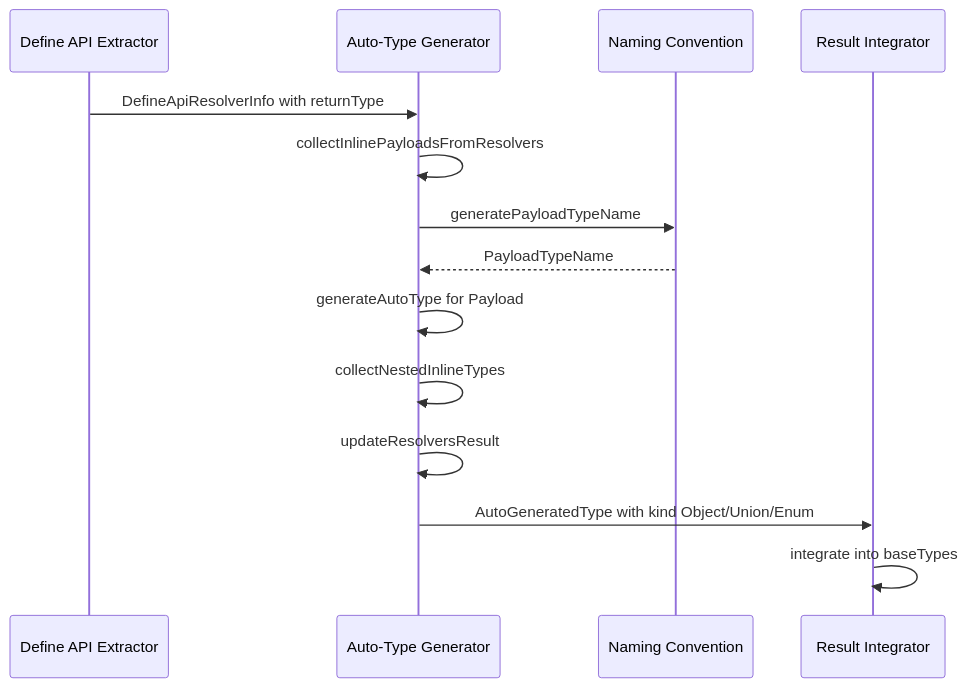
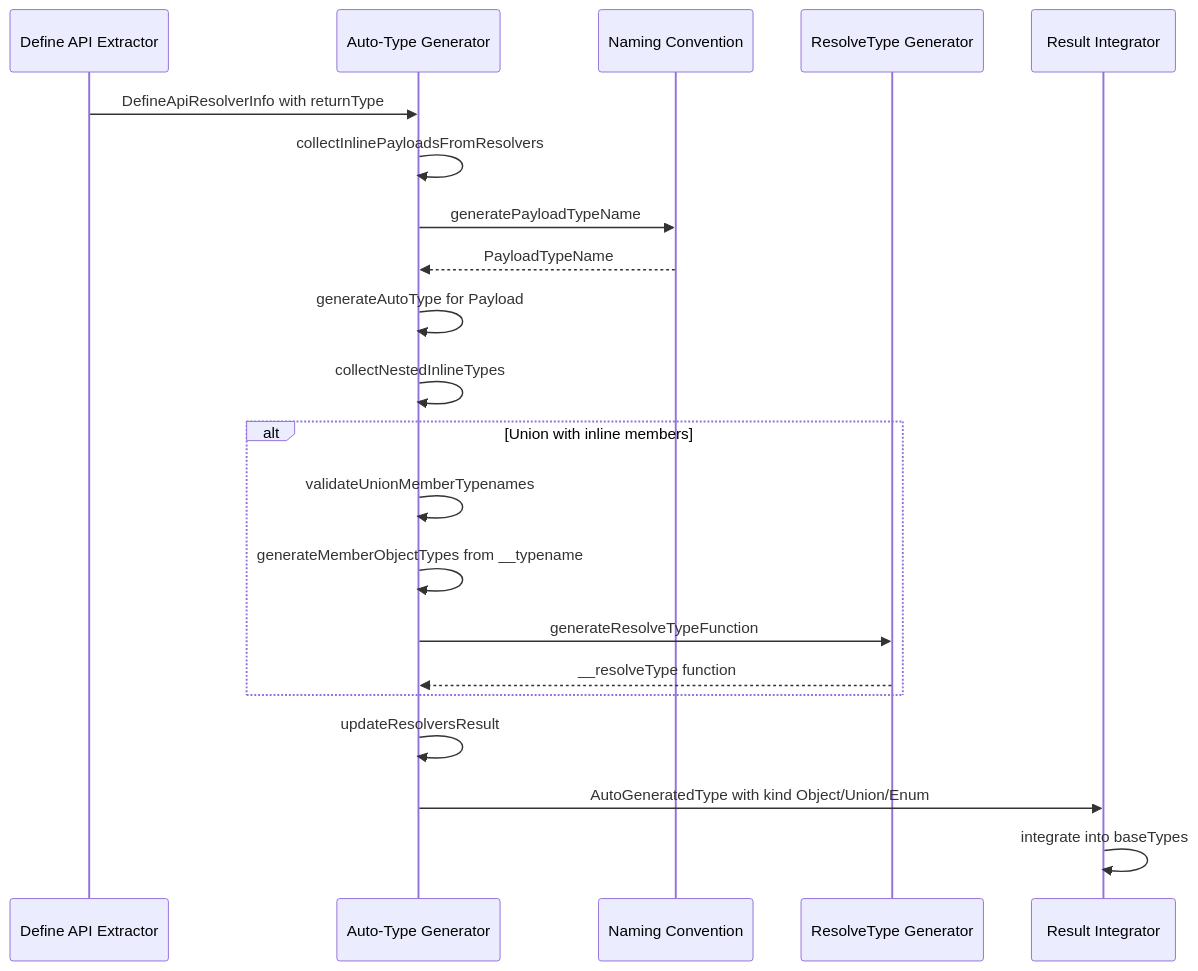
The second of 3 diagrams in .kiro/specs/inline-payload/design.md (izumin5210/gqlkit), drawn with Mermaid before and after one commit. The commit also changed other lines of this file and 40 other files, not shown here.

First line of the commit message:
feat(cli): add __typename validation for inline union payload types

````diff
--- a/.kiro/specs/inline-payload/design.md
+++ b/.kiro/specs/inline-payload/design.md
@@ -87,17 +92,24 @@
 ```mermaid
 sequenceDiagram
     participant DAE as Define API Extractor
     participant ATG as Auto-Type Generator
     participant NC as Naming Convention
+    participant RTG as ResolveType Generator
     participant RI as Result Integrator
 
     DAE->>ATG: DefineApiResolverInfo with returnType
     ATG->>ATG: collectInlinePayloadsFromResolvers
     ATG->>NC: generatePayloadTypeName
     NC-->>ATG: PayloadTypeName
     ATG->>ATG: generateAutoType for Payload
     ATG->>ATG: collectNestedInlineTypes
+    alt Union with inline members
+        ATG->>ATG: validateUnionMemberTypenames
+        ATG->>ATG: generateMemberObjectTypes from __typename
+        ATG->>RTG: generateResolveTypeFunction
+        RTG-->>ATG: __resolveType function
+    end
     ATG->>ATG: updateResolversResult
     ATG->>RI: AutoGeneratedType with kind Object/Union/Enum
     RI->>RI: integrate into baseTypes
 ```
````
